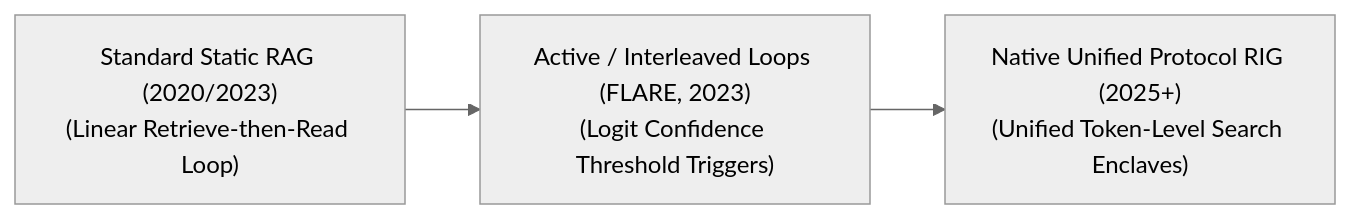
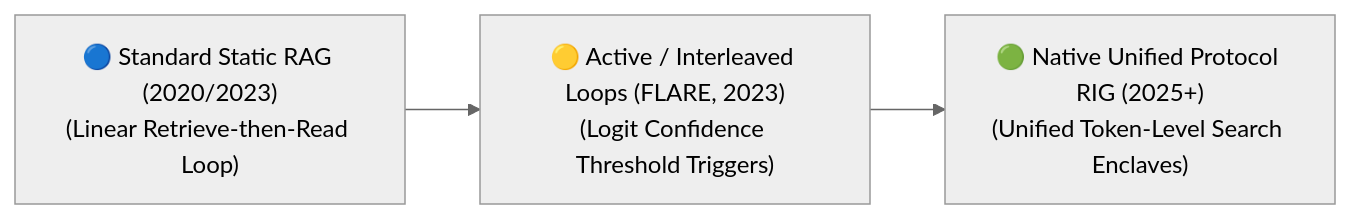
Before and after one commit to ishandutta2007/Awesome-Retrieval-Interleaved-Generation: the diagram in README.md, drawn with Mermaid (neutral theme). The commit also changed other lines of this file and 15 other files, not shown here.

````diff
--- a/README.md
+++ b/README.md
@@ -12,6 +37,6 @@
 ```mermaid
 flowchart LR
-    A["Standard Static RAG (2020/2023)<br/>(Linear Retrieve-then-Read Loop)"]
-    --> B["Active / Interleaved Loops (FLARE, 2023)<br/>(Logit Confidence Threshold Triggers)"]
-    --> C["Native Unified Protocol RIG (2025+)<br/>(Unified Token-Level Search Enclaves)"]
+    A["🔵 Standard Static RAG (2020/2023)<br/>(Linear Retrieve-then-Read Loop)"]
+    --> B["🟡 Active / Interleaved Loops (FLARE, 2023)<br/>(Logit Confidence Threshold Triggers)"]
+    --> C["🟢 Native Unified Protocol RIG (2025+)<br/>(Unified Token-Level Search Enclaves)"]
 ```
````
